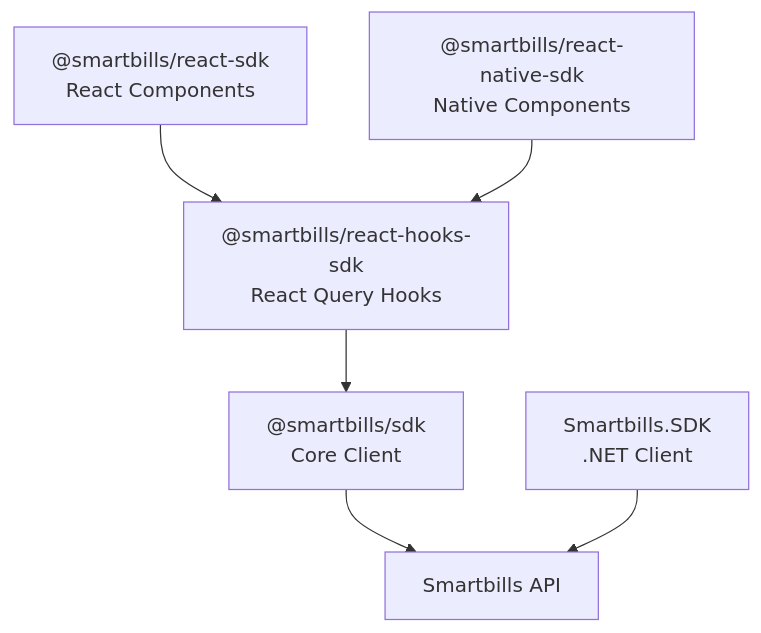
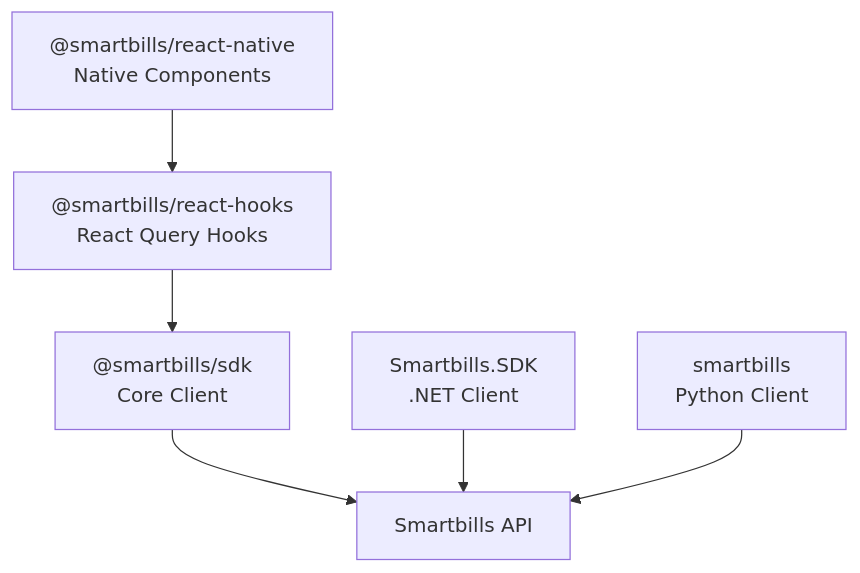
One commit to Smartbills/documentation changed the diagram in sdks/overview.mdx. Above: the diagram before and after it, drawn with Mermaid. The commit also changed other lines of this file and 418 other files, not shown here.

````diff
--- a/sdks/overview.mdx
+++ b/sdks/overview.mdx
@@ -107,8 +127,8 @@
 ```mermaid
 graph TD
     CoreSDK["@smartbills/sdk<br/>Core Client"] --> API["Smartbills API"]
-    ReactHooksSDK["@smartbills/react-hooks-sdk<br/>React Query Hooks"] --> CoreSDK
-    ReactSDK["@smartbills/react-sdk<br/>React Components"] --> ReactHooksSDK
-    ReactNativeSDK["@smartbills/react-native-sdk<br/>Native Components"] --> ReactHooksSDK
+    ReactHooksSDK["@smartbills/react-hooks<br/>React Query Hooks"] --> CoreSDK
+    ReactNativeSDK["@smartbills/react-native<br/>Native Components"] --> ReactHooksSDK
     DotNetSDK["Smartbills.SDK<br/>.NET Client"] --> API
+    PythonSDK["smartbills<br/>Python Client"] --> API
 ```
````
